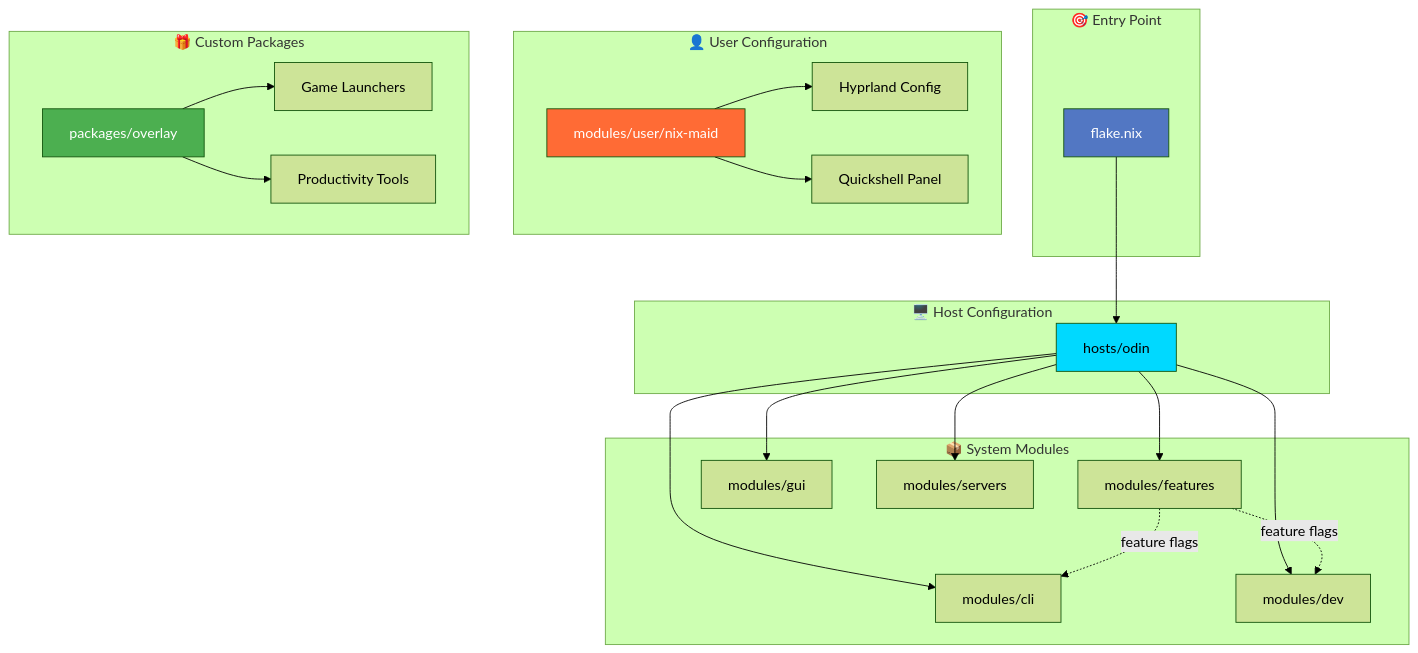
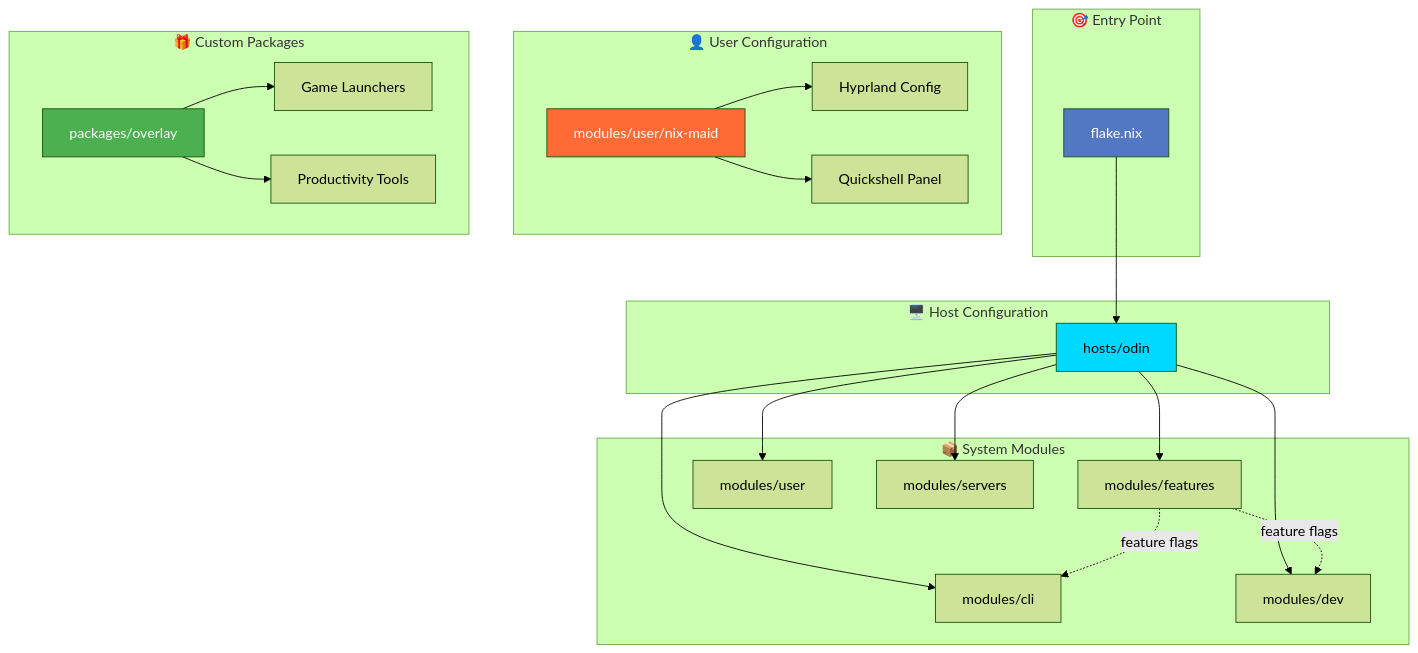
Before and after one commit to neg-serg/nixos-config: the first of 5 diagrams in README.md, drawn with Mermaid (forest theme). The commit also changed other lines of this file and 9 other files, not shown here.

````diff
--- a/README.md
+++ b/README.md
@@ -100,48 +99,48 @@
 ```mermaid
 graph TB
     subgraph "🎯 Entry Point"
         A[flake.nix]
     end
     
     subgraph "🖥️ Host Configuration"
         B[hosts/odin]
     end
     
     subgraph "📦 System Modules"
         C[modules/features]
         D[modules/cli]
         E[modules/dev]
-        F[modules/gui]
+        F[modules/user]
         G[modules/servers]
     end
     
     subgraph "👤 User Configuration"
         H[modules/user/nix-maid]
         I[Hyprland Config]
         J[Quickshell Panel]
     end
     
     subgraph "🎁 Custom Packages"
         K[packages/overlay]
         L[Game Launchers]
         M[Productivity Tools]
     end
     
     A --> B
     B --> C
     B --> D
     B --> E
     B --> F
     B --> G
     H --> I
     H --> J
     C -.feature flags.-> D
     C -.feature flags.-> E
     K --> L
     K --> M
     
     style A fill:#5277C3,color:#fff
     style B fill:#00D9FF,color:#000
     style H fill:#FF6B35,color:#fff
     style K fill:#4CAF50,color:#fff
 ```
````
